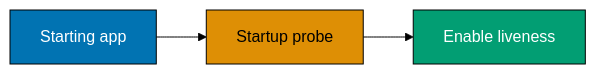
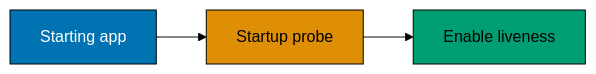
Before and after one commit to wahidyankf/ose-public: the second of 10 diagrams in apps/ayokoding-www/content/en/learn/courses/containers-and-orchestration/learning/advanced.md, drawn with Mermaid (forest theme). The commit also changed other lines of this file and 144 other files, not shown here.

First line of the commit message:
fix(mermaid): bring the first half of the courses diagrams onto the accessible palette

````diff
--- a/apps/ayokoding-www/content/en/learn/courses/containers-and-orchestration/learning/advanced.md
+++ b/apps/ayokoding-www/content/en/learn/courses/containers-and-orchestration/learning/advanced.md
@@ -62,10 +65,13 @@
 ```mermaid
 graph LR
+  accTitle: Example 57: Startup probe
+  accDescr: Graph with 3 nodes and 2 connections. Nodes: Starting app, Startup probe, Enable liveness. Connections: Starting app to Startup probe, Startup probe to Enable liveness.
   S[Starting app] --> P[Startup probe] --> L[Enable liveness]
-  classDef blue fill:#0173B2,stroke:#000,color:#fff
-  classDef teal fill:#029E73,stroke:#000,color:#fff
-  classDef orange fill:#DE8F05,stroke:#000,color:#000
+  classDef blue fill:#0173B2,stroke:#000000,color:#FFFFFF
+  classDef teal fill:#029E73,stroke:#000000,color:#000000
+  classDef orange fill:#DE8F05,stroke:#000000,color:#000000
   class S blue
   class P orange
   class L teal
+  classDef default fill:#FFFFFF,stroke:#000000,color:#000000
 ```
````
